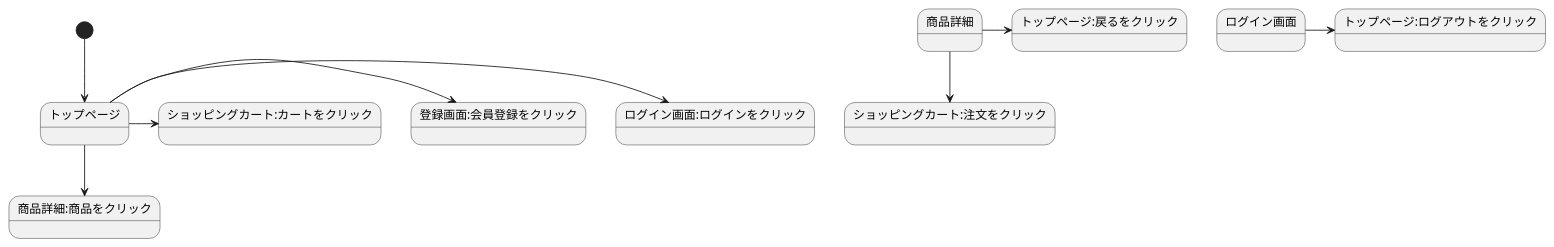
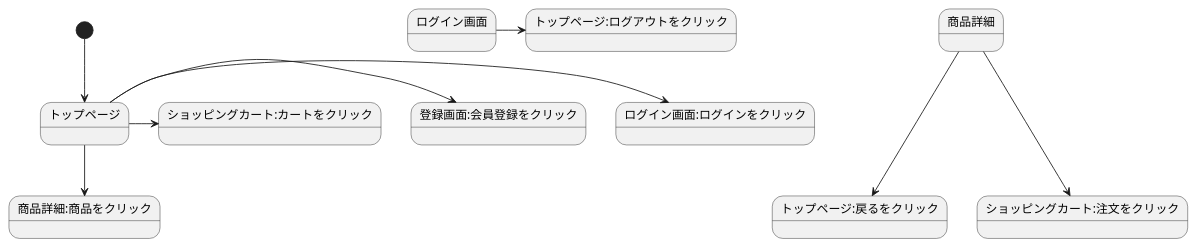
The diagram in gamen.md (Aso2001409/2021sys-design), drawn with PlantUML before and after one commit.

````diff
--- a/gamen.md
+++ b/gamen.md
@@ -1,12 +1,12 @@
 ```uml
 @startuml
 [*]-->トップページ
 トップページ-->商品詳細:商品をクリック
 トップページ->ログイン画面:ログインをクリック
 トップページ->登録画面:会員登録をクリック
 トップページ->ショッピングカート:カートをクリック
-商品詳細->トップページ:戻るをクリック
-商品詳細-->ショッピングカート:注文をクリック
+商品詳細--->トップページ:戻るをクリック
+商品詳細--->ショッピングカート:注文をクリック
 ログイン画面->トップページ:ログアウトをクリック
 @enduml
 ```
````
